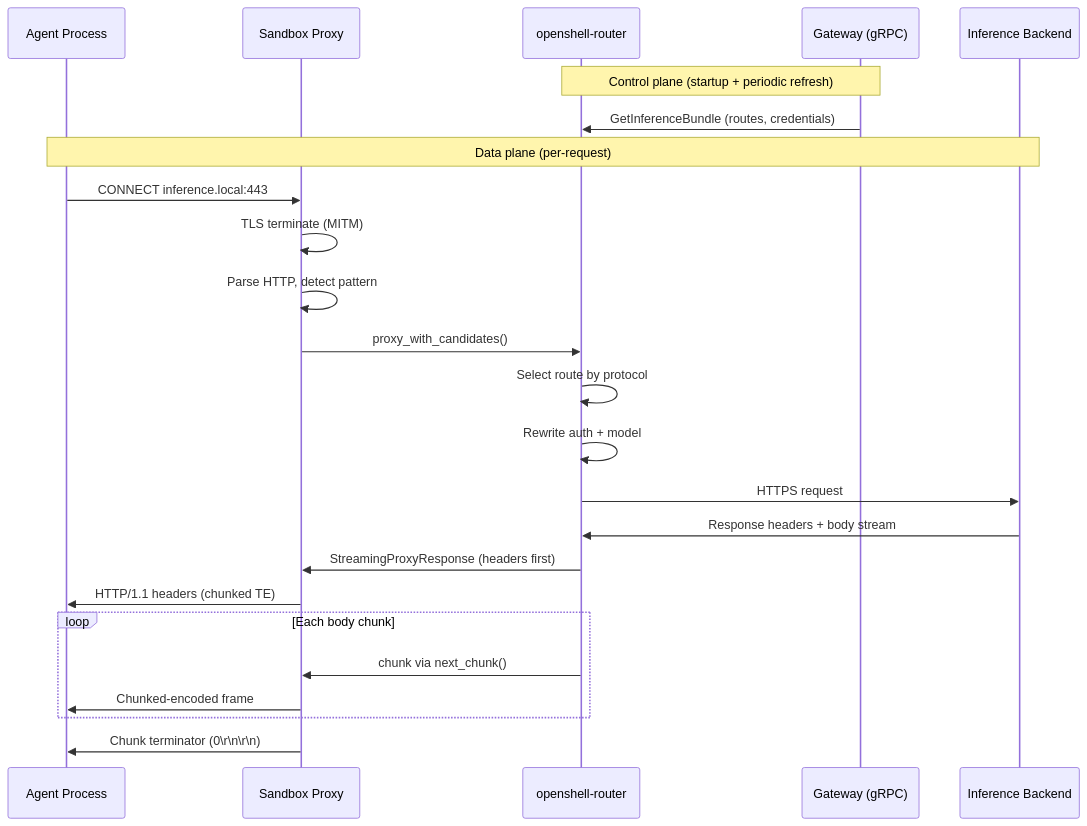
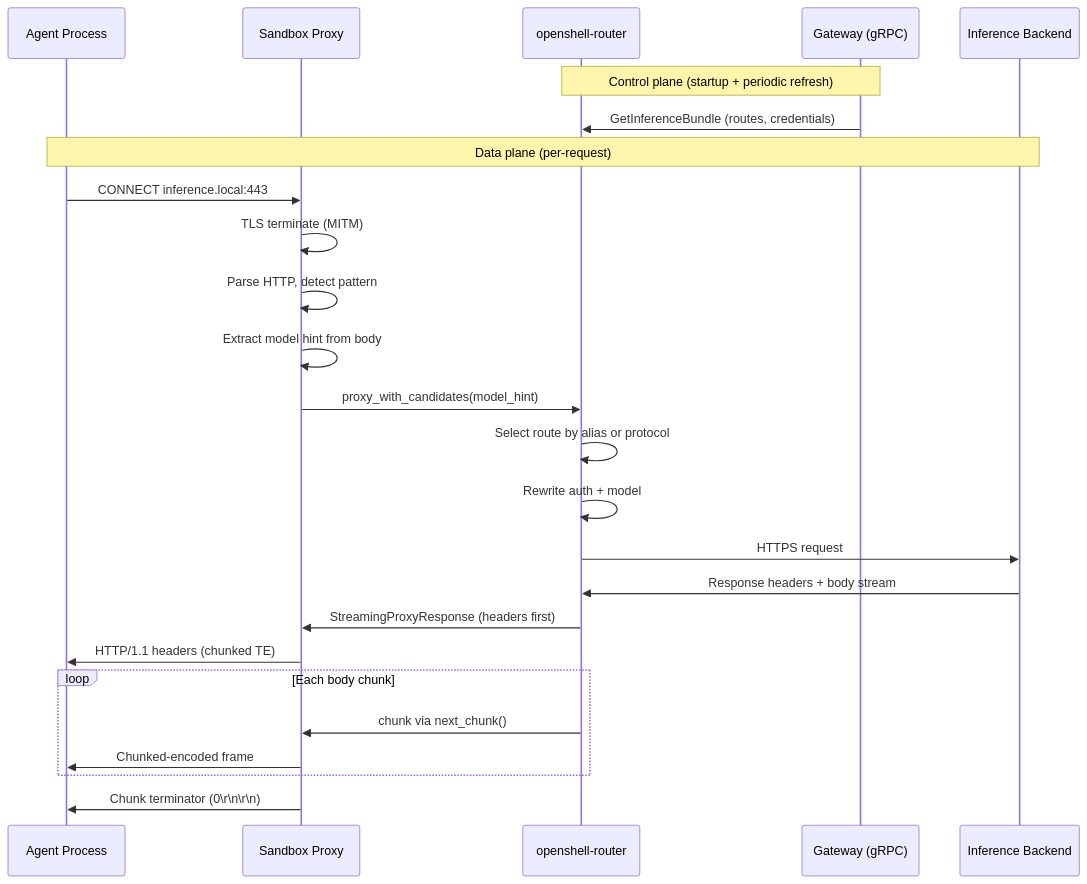
One commit to NVIDIA/OpenShell changed the diagram in architecture/inference-routing.md. Above: the diagram before and after it, drawn with Mermaid. The commit also changed other lines of this file and 7 other files, not shown here.

````diff
--- a/architecture/inference-routing.md
+++ b/architecture/inference-routing.md
@@ -9,28 +9,29 @@
 ```mermaid
 sequenceDiagram
     participant Agent as Agent Process
     participant Proxy as Sandbox Proxy
     participant Router as openshell-router
     participant Gateway as Gateway (gRPC)
     participant Backend as Inference Backend
 
     Note over Gateway,Router: Control plane (startup + periodic refresh)
     Gateway->>Router: GetInferenceBundle (routes, credentials)
 
     Note over Agent,Backend: Data plane (per-request)
     Agent->>Proxy: CONNECT inference.local:443
     Proxy->>Proxy: TLS terminate (MITM)
     Proxy->>Proxy: Parse HTTP, detect pattern
-    Proxy->>Router: proxy_with_candidates()
-    Router->>Router: Select route by protocol
+    Proxy->>Proxy: Extract model hint from body
+    Proxy->>Router: proxy_with_candidates(model_hint)
+    Router->>Router: Select route by alias or protocol
     Router->>Router: Rewrite auth + model
     Router->>Backend: HTTPS request
     Backend->>Router: Response headers + body stream
     Router->>Proxy: StreamingProxyResponse (headers first)
     Proxy->>Agent: HTTP/1.1 headers (chunked TE)
     loop Each body chunk
         Router->>Proxy: chunk via next_chunk()
         Proxy->>Agent: Chunked-encoded frame
     end
     Proxy->>Agent: Chunk terminator (0\r\n\r\n)
 ```
````
